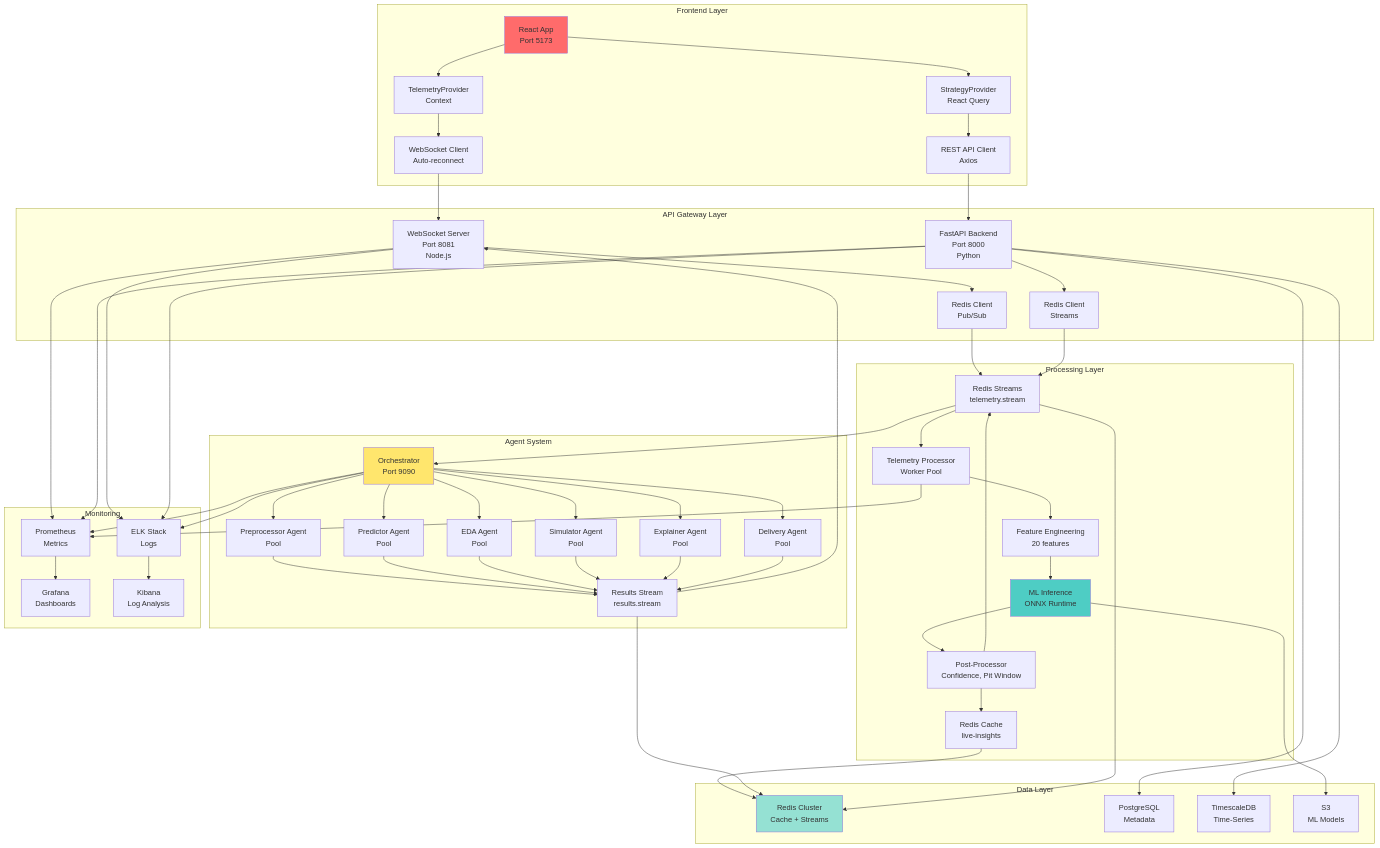
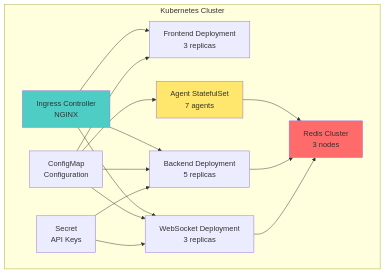
One commit to lucylow/blank-slate-canvas changed diagram 25 of 27 in README.md. Above: the diagram before and after it, drawn with Mermaid. The commit also changed other lines of this file and 2 other files, not shown here.

````diff
--- a/README.md
+++ b/README.md
@@ -1723,78 +1276,24 @@
 ```mermaid
 graph TB
-    subgraph "Frontend Layer"
-        A[React App<br/>Port 5173] --> B[TelemetryProvider<br/>Context]
-        A --> C[StrategyProvider<br/>React Query]
-        B --> D[WebSocket Client<br/>Auto-reconnect]
-        C --> E[REST API Client<br/>Axios]
+    subgraph "Kubernetes Cluster"
+        A[Ingress Controller<br/>NGINX] --> B[Frontend Deployment<br/>3 replicas]
+        A --> C[Backend Deployment<br/>5 replicas]
+        A --> D[WebSocket Deployment<br/>3 replicas]
+        
+        E[Agent StatefulSet<br/>7 agents] --> F[Redis Cluster<br/>3 nodes]
+        C --> F
+        D --> F
+        
+        G[ConfigMap<br/>Configuration] --> B
+        G --> C
+        G --> D
+        G --> E
+        
+        H[Secret<br/>API Keys] --> C
+        H --> D
     end
     
-    subgraph "API Gateway Layer"
-        D --> F[WebSocket Server<br/>Port 8081<br/>Node.js]
-        E --> G[FastAPI Backend<br/>Port 8000<br/>Python]
-        
-        F --> H[Redis Client<br/>Pub/Sub]
-        G --> I[Redis Client<br/>Streams]
-    end
-    
-    subgraph "Processing Layer"
-        H --> J[Redis Streams<br/>telemetry.stream]
-        I --> J
-        
-        J --> K[Telemetry Processor<br/>Worker Pool]
-        K --> L[Feature Engineering<br/>20 features]
-        L --> M[ML Inference<br/>ONNX Runtime]
-        M --> N[Post-Processor<br/>Confidence, Pit Window]
-        
-        N --> O[Redis Cache<br/>live-insights]
-        N --> J
-    end
-    
-    subgraph "Agent System"
-        J --> P[Orchestrator<br/>Port 9090]
-        P --> Q[Preprocessor Agent<br/>Pool]
-        P --> R[Predictor Agent<br/>Pool]
-        P --> S[EDA Agent<br/>Pool]
-        P --> T[Simulator Agent<br/>Pool]
-        P --> U[Explainer Agent<br/>Pool]
-        P --> V[Delivery Agent<br/>Pool]
-        
-        Q --> W[Results Stream<br/>results.stream]
-        R --> W
-        S --> W
-        T --> W
-        U --> W
-        V --> W
-        
-        W --> F
-    end
-    
-    subgraph "Data Layer"
-        O --> X[Redis Cluster<br/>Cache + Streams]
-        W --> X
-        J --> X
-        
-        G --> Y[PostgreSQL<br/>Metadata]
-        G --> Z[TimescaleDB<br/>Time-Series]
-        M --> AA[S3<br/>ML Models]
-    end
-    
-    subgraph "Monitoring"
-        F --> AB[Prometheus<br/>Metrics]
-        G --> AB
-        K --> AB
-        P --> AB
-        
-        F --> AC[ELK Stack<br/>Logs]
-        G --> AC
-        P --> AC
-        
-        AB --> AD[Grafana<br/>Dashboards]
-        AC --> AE[Kibana<br/>Log Analysis]
-    end
-    
-    style A fill:#ff6b6b
-    style M fill:#4ecdc4
-    style P fill:#ffe66d
-    style X fill:#95e1d3
+    style A fill:#4ecdc4
+    style F fill:#ff6b6b
+    style E fill:#ffe66d
 ```
````
